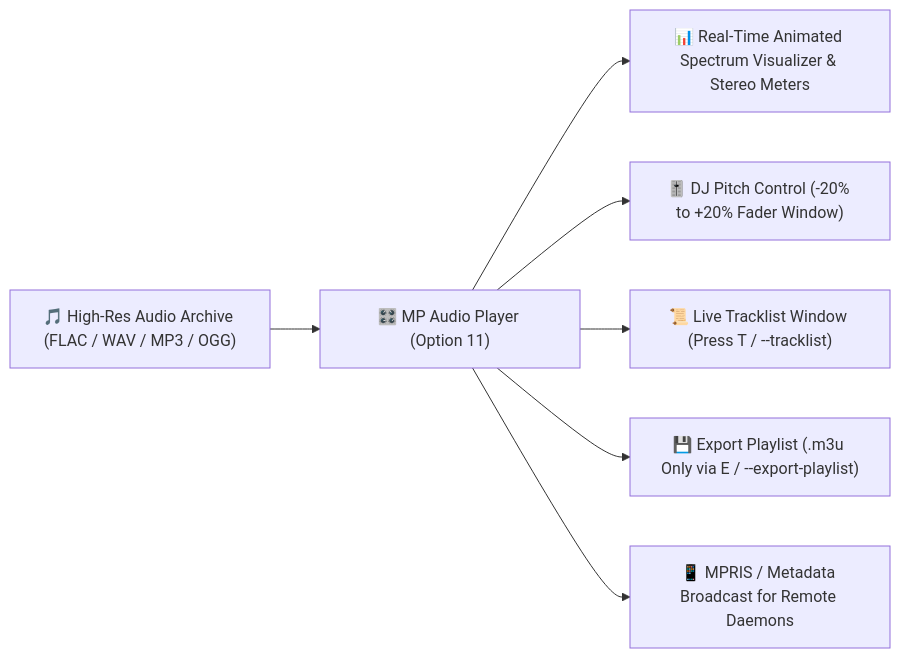
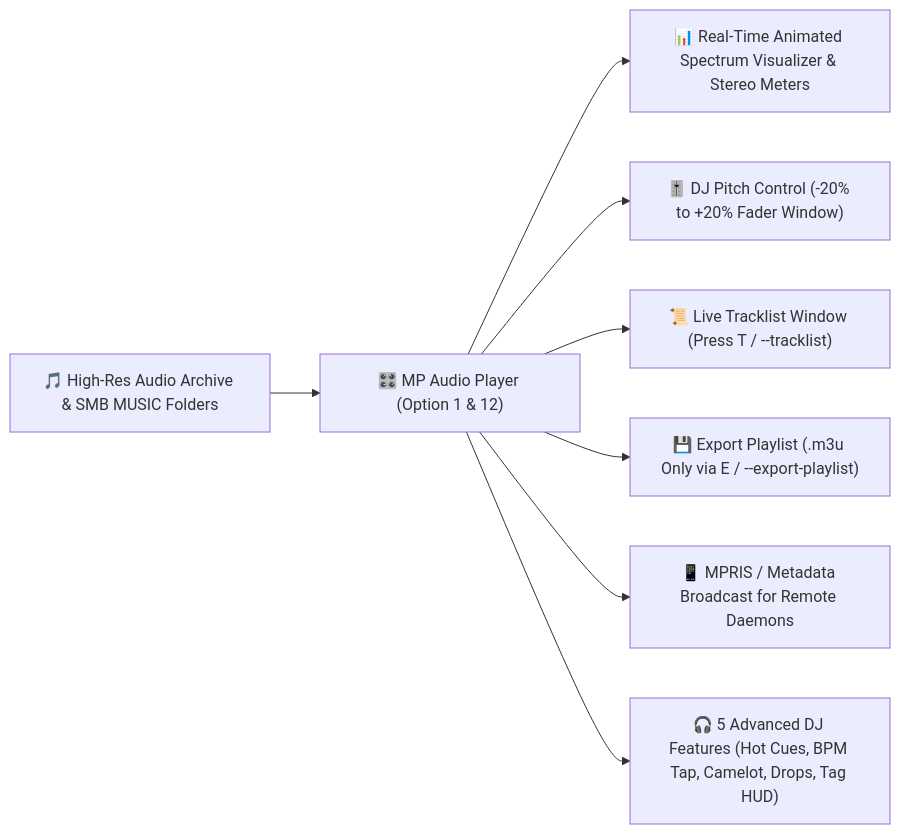
One commit to MPlanetarian/MPMixManager_v0.4-x64 changed the second of 11 diagrams in README.md. Above: the diagram before and after it, drawn with Mermaid. The commit also changed other lines of this file and 2 other files, not shown here.

First line of the commit message:
test(music-mode): verify MP Audio Player Option 1 and correct presentation of SMB music folders

````diff
--- a/README.md
+++ b/README.md
@@ -96,9 +96,10 @@
 ```mermaid
 flowchart LR
-    A["🎵 High-Res Audio Archive (FLAC / WAV / MP3 / OGG)"] --> B["🎛️ MP Audio Player (Option 11)"]
+    A["🎵 High-Res Audio Archive & SMB MUSIC Folders"] --> B["🎛️ MP Audio Player (Option 1 & 12)"]
     B --> C["📊 Real-Time Animated Spectrum Visualizer & Stereo Meters"]
     B --> D["🎚️ DJ Pitch Control (-20% to +20% Fader Window)"]
     B --> E["📜 Live Tracklist Window (Press T / --tracklist)"]
     B --> F["💾 Export Playlist (.m3u Only via E / --export-playlist)"]
     B --> G["📱 MPRIS / Metadata Broadcast for Remote Daemons"]
+    B --> H["🎧 5 Advanced DJ Features (Hot Cues, BPM Tap, Camelot, Drops, Tag HUD)"]
 ```
````
